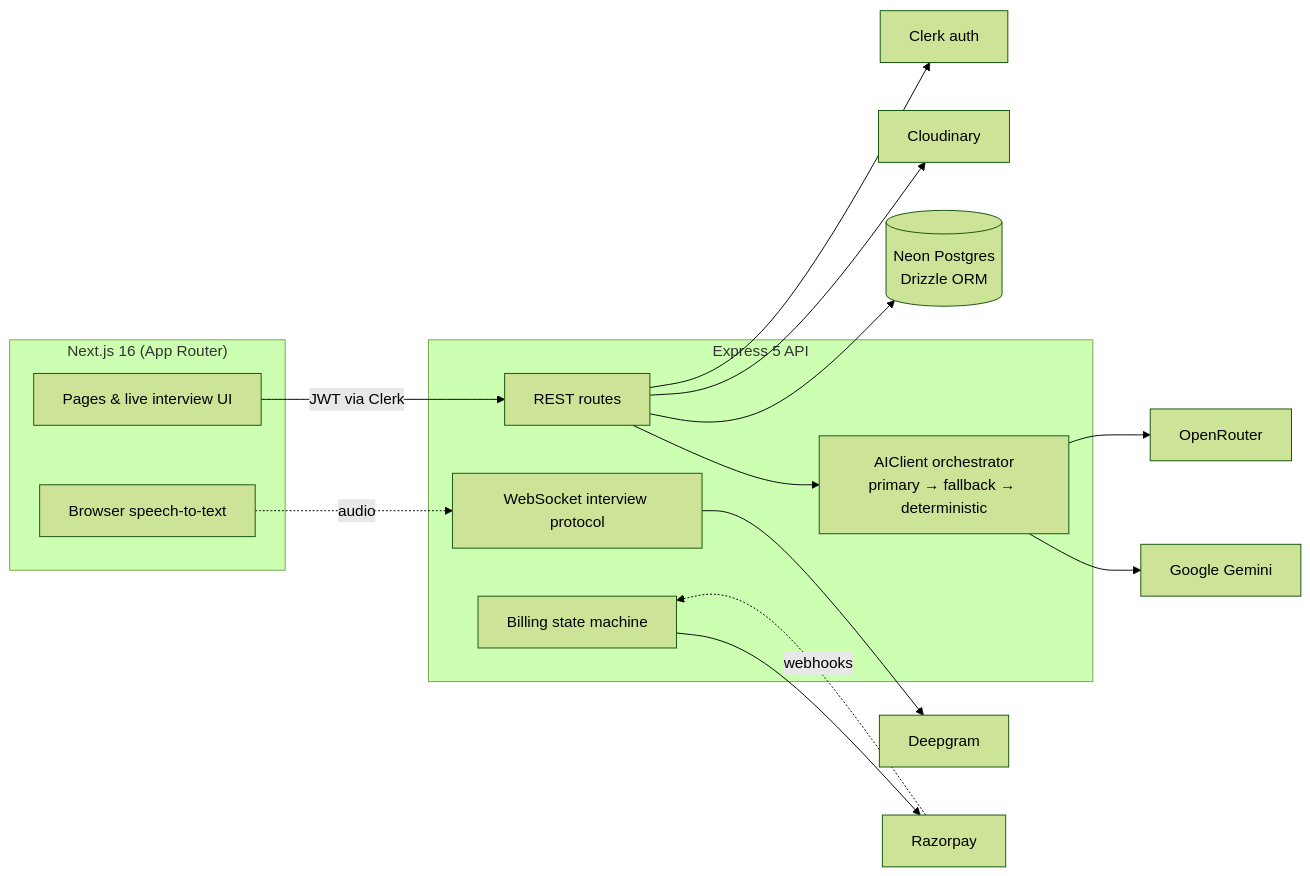
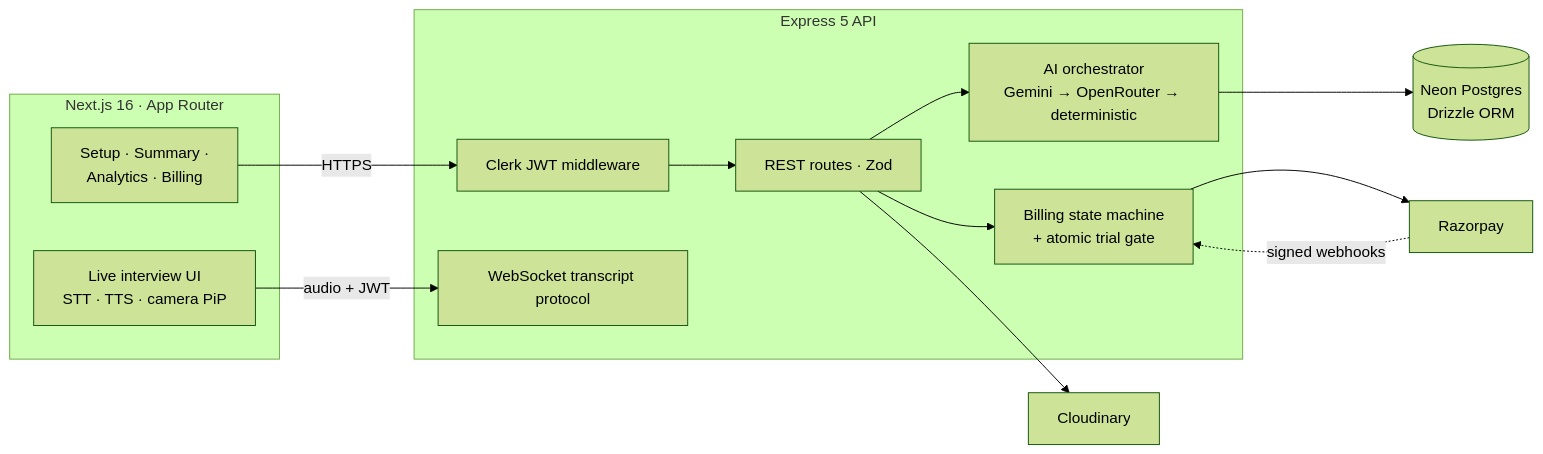
The diagram in README.md (Krishna-Pratik/IntervAI), drawn with Mermaid (forest theme) before and after one commit. The commit also changed other lines of this file and 3 other files, not shown here.

Commit message:
docs: README showcase — hero logo, animated screenshot, security & architecture sections

````diff
--- a/README.md
+++ b/README.md
@@ -95,33 +126,28 @@
 ```mermaid
 flowchart LR
-    subgraph Client ["Next.js 16 (App Router)"]
-        UI[Pages & live interview UI]
-        STT[Browser speech-to-text]
+    subgraph Client ["Next.js 16 · App Router"]
+        UI[Live interview UI<br/>STT · TTS · camera PiP]
+        PAGES[Setup · Summary ·<br/>Analytics · Billing]
     end
 
     subgraph Server ["Express 5 API"]
-        R[REST routes]
-        WS[WebSocket interview protocol]
-        AIO[AIClient orchestrator<br/>primary → fallback → deterministic]
-        BILL[Billing state machine]
+        AUTH[Clerk JWT middleware]
+        R[REST routes · Zod]
+        WS[WebSocket transcript protocol]
+        AIO[AI orchestrator<br/>Gemini → OpenRouter → deterministic]
+        BILL[Billing state machine<br/>+ atomic trial gate]
     end
 
     DB[(Neon Postgres<br/>Drizzle ORM)]
-    GEM[Google Gemini]
-    OPR[OpenRouter]
-    DG[Deepgram]
     CL[Cloudinary]
     RK[Razorpay]
-    CR[Clerk auth]
 
-    UI -->|JWT via Clerk| R
-    STT -.->|audio| WS
-    WS --> DG
-    R --> AIO --> GEM
-    AIO --> OPR
-    R --> DB
+    UI -->|audio + JWT| WS
+    PAGES -->|HTTPS| AUTH --> R
+    R --> AIO
+    R --> BILL
+    AIO --> DB
     R --> CL
     BILL --> RK
-    RK -.->|webhooks| BILL
-    R --> CR
+    RK -.->|signed webhooks| BILL
 ```
````
